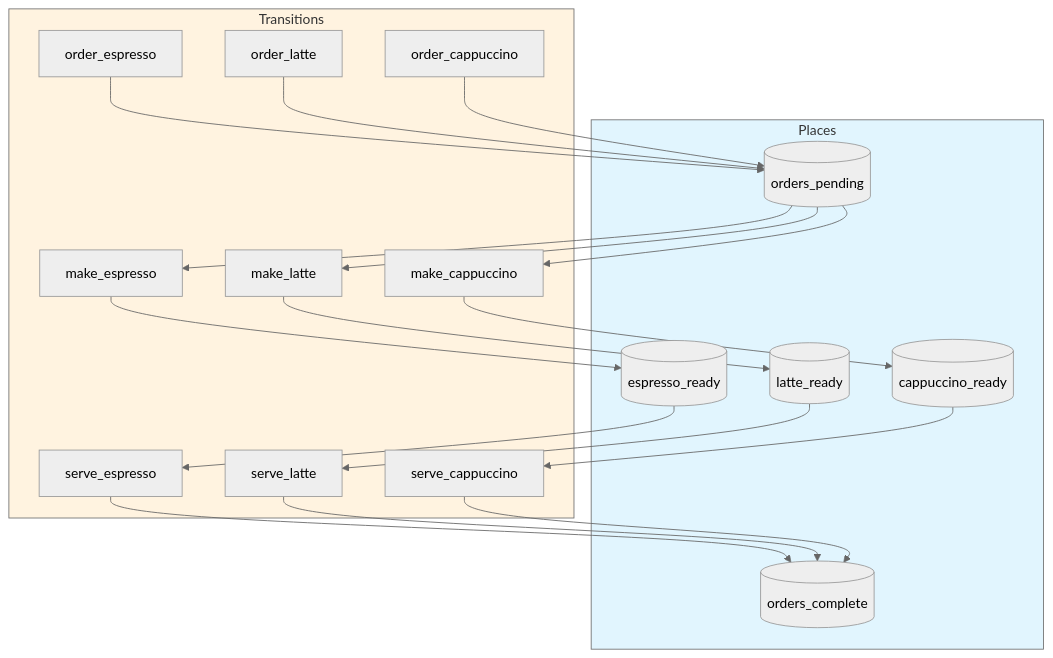
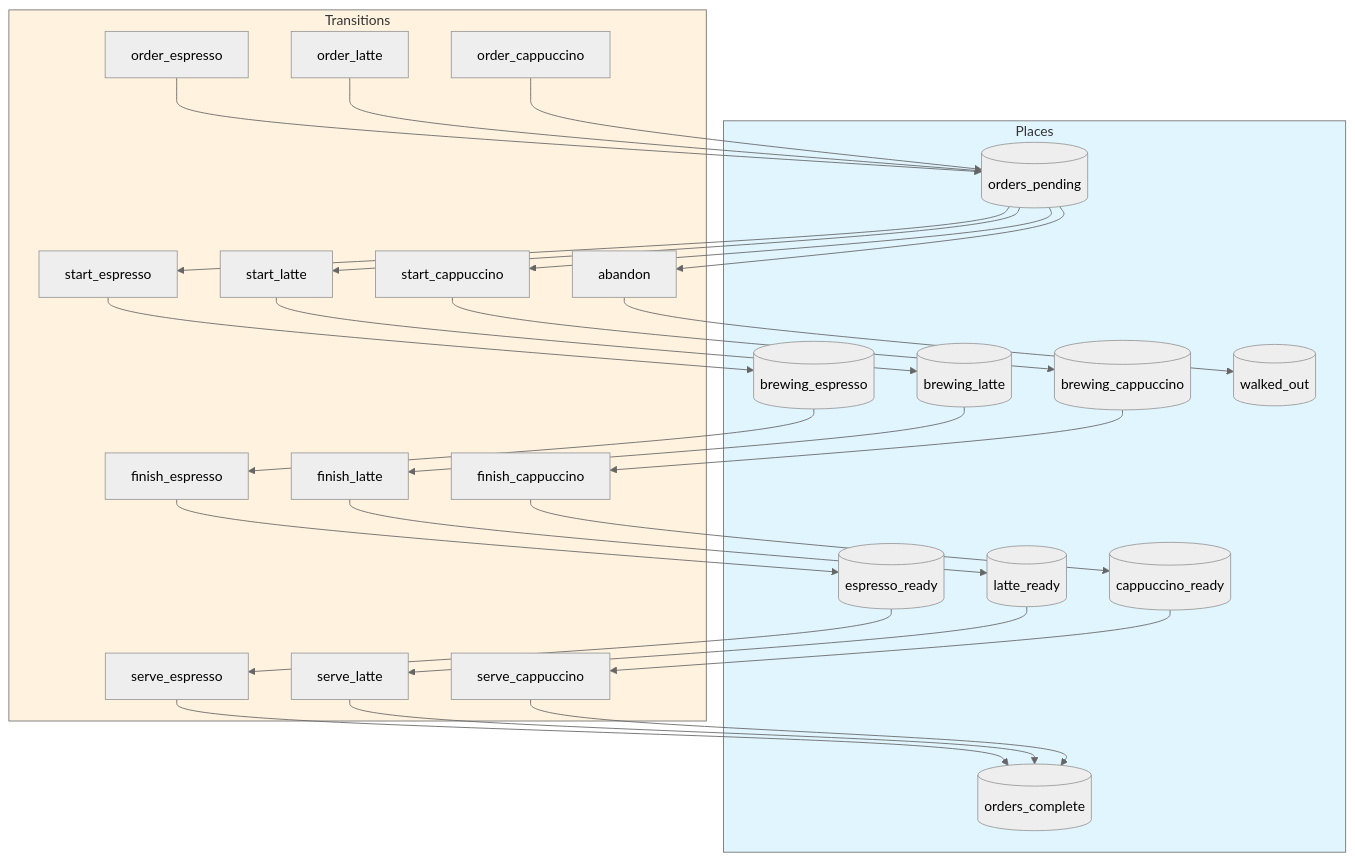
One commit to pflow-xyz/petri-pilot changed the second of 3 diagrams in generated/cafe/counter/README.md. Above: the diagram before and after it, drawn with Mermaid (neutral theme). The commit also changed other lines of this file and 87 other files, not shown here.

````diff
--- a/generated/cafe/counter/README.md
+++ b/generated/cafe/counter/README.md
@@ -105,51 +135,71 @@
 ```mermaid
 flowchart TD
     subgraph Places
         PlaceOrdersPending[("orders_pending")]
+        PlaceBrewingEspresso[("brewing_espresso")]
+        PlaceBrewingLatte[("brewing_latte")]
+        PlaceBrewingCappuccino[("brewing_cappuccino")]
         PlaceEspressoReady[("espresso_ready")]
         PlaceLatteReady[("latte_ready")]
         PlaceCappuccinoReady[("cappuccino_ready")]
         PlaceOrdersComplete[("orders_complete")]
+        PlaceWalkedOut[("walked_out")]
     end
 
     subgraph Transitions
         t_TransitionOrderEspresso["order_espresso"]
         t_TransitionOrderLatte["order_latte"]
         t_TransitionOrderCappuccino["order_cappuccino"]
-        t_TransitionMakeEspresso["make_espresso"]
-        t_TransitionMakeLatte["make_latte"]
-        t_TransitionMakeCappuccino["make_cappuccino"]
+        t_TransitionStartEspresso["start_espresso"]
+        t_TransitionStartLatte["start_latte"]
+        t_TransitionStartCappuccino["start_cappuccino"]
+        t_TransitionFinishEspresso["finish_espresso"]
+        t_TransitionFinishLatte["finish_latte"]
+        t_TransitionFinishCappuccino["finish_cappuccino"]
         t_TransitionServeEspresso["serve_espresso"]
         t_TransitionServeLatte["serve_latte"]
         t_TransitionServeCappuccino["serve_cappuccino"]
+        t_TransitionAbandon["abandon"]
     end
 
 
     t_TransitionOrderEspresso --> PlaceOrdersPending
 
     t_TransitionOrderLatte --> PlaceOrdersPending
 
     t_TransitionOrderCappuccino --> PlaceOrdersPending
 
-    PlaceOrdersPending --> t_TransitionMakeEspresso
-    t_TransitionMakeEspresso --> PlaceEspressoReady
+    PlaceOrdersPending --> t_TransitionStartEspresso
+    t_TransitionStartEspresso --> PlaceBrewingEspresso
 
-    PlaceOrdersPending --> t_TransitionMakeLatte
-    t_TransitionMakeLatte --> PlaceLatteReady
+    PlaceOrdersPending --> t_TransitionStartLatte
+    t_TransitionStartLatte --> PlaceBrewingLatte
 
-    PlaceOrdersPending --> t_TransitionMakeCappuccino
-    t_TransitionMakeCappuccino --> PlaceCappuccinoReady
+    PlaceOrdersPending --> t_TransitionStartCappuccino
+    t_TransitionStartCappuccino --> PlaceBrewingCappuccino
+
+    PlaceBrewingEspresso --> t_TransitionFinishEspresso
+    t_TransitionFinishEspresso --> PlaceEspressoReady
+
+    PlaceBrewingLatte --> t_TransitionFinishLatte
+    t_TransitionFinishLatte --> PlaceLatteReady
+
+    PlaceBrewingCappuccino --> t_TransitionFinishCappuccino
+    t_TransitionFinishCappuccino --> PlaceCappuccinoReady
 
     PlaceEspressoReady --> t_TransitionServeEspresso
     t_TransitionServeEspresso --> PlaceOrdersComplete
 
     PlaceLatteReady --> t_TransitionServeLatte
     t_TransitionServeLatte --> PlaceOrdersComplete
 
     PlaceCappuccinoReady --> t_TransitionServeCappuccino
     t_TransitionServeCappuccino --> PlaceOrdersComplete
 
+    PlaceOrdersPending --> t_TransitionAbandon
+    t_TransitionAbandon --> PlaceWalkedOut
+
 
     style Places fill:#e1f5fe
     style Transitions fill:#fff3e0
 ```
````
